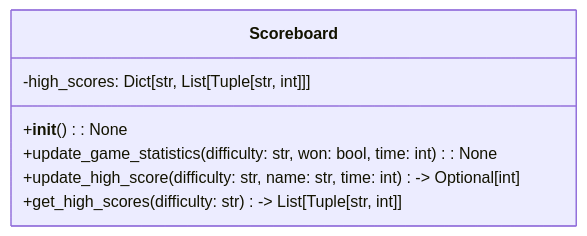
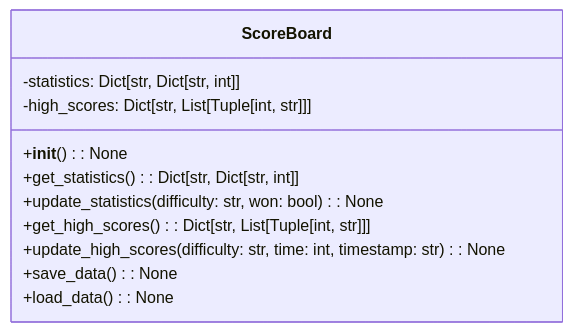
One commit to yu8ikmnbgt6y/chatgpt_minesweeper changed the ninth of 11 diagrams in docs/class_diagrams/init.md. Above: the diagram before and after it, drawn with Mermaid. The commit also changed other lines of this file and 2 other files, not shown here.

Commit message:
update class diagram

````diff
--- a/docs/class_diagrams/init.md
+++ b/docs/class_diagrams/init.md
@@ -177,10 +256,14 @@
 ```mermaid
 classDiagram
-    class Scoreboard {
-        -high_scores: Dict[str, List[Tuple[str, int]]]
+    class ScoreBoard {
+        -statistics: Dict[str, Dict[str, int]]
+        -high_scores: Dict[str, List[Tuple[int, str]]]
         +__init__(): None
-        +update_game_statistics(difficulty: str, won: bool, time: int): None
-        +update_high_score(difficulty: str, name: str, time: int) -> Optional[int]
-        +get_high_scores(difficulty: str) -> List[Tuple[str, int]]
+        +get_statistics(): Dict[str, Dict[str, int]]
+        +update_statistics(difficulty: str, won: bool): None
+        +get_high_scores(): Dict[str, List[Tuple[int, str]]]
+        +update_high_scores(difficulty: str, time: int, timestamp: str): None
+        +save_data(): None
+        +load_data(): None
     }
 ```
````
